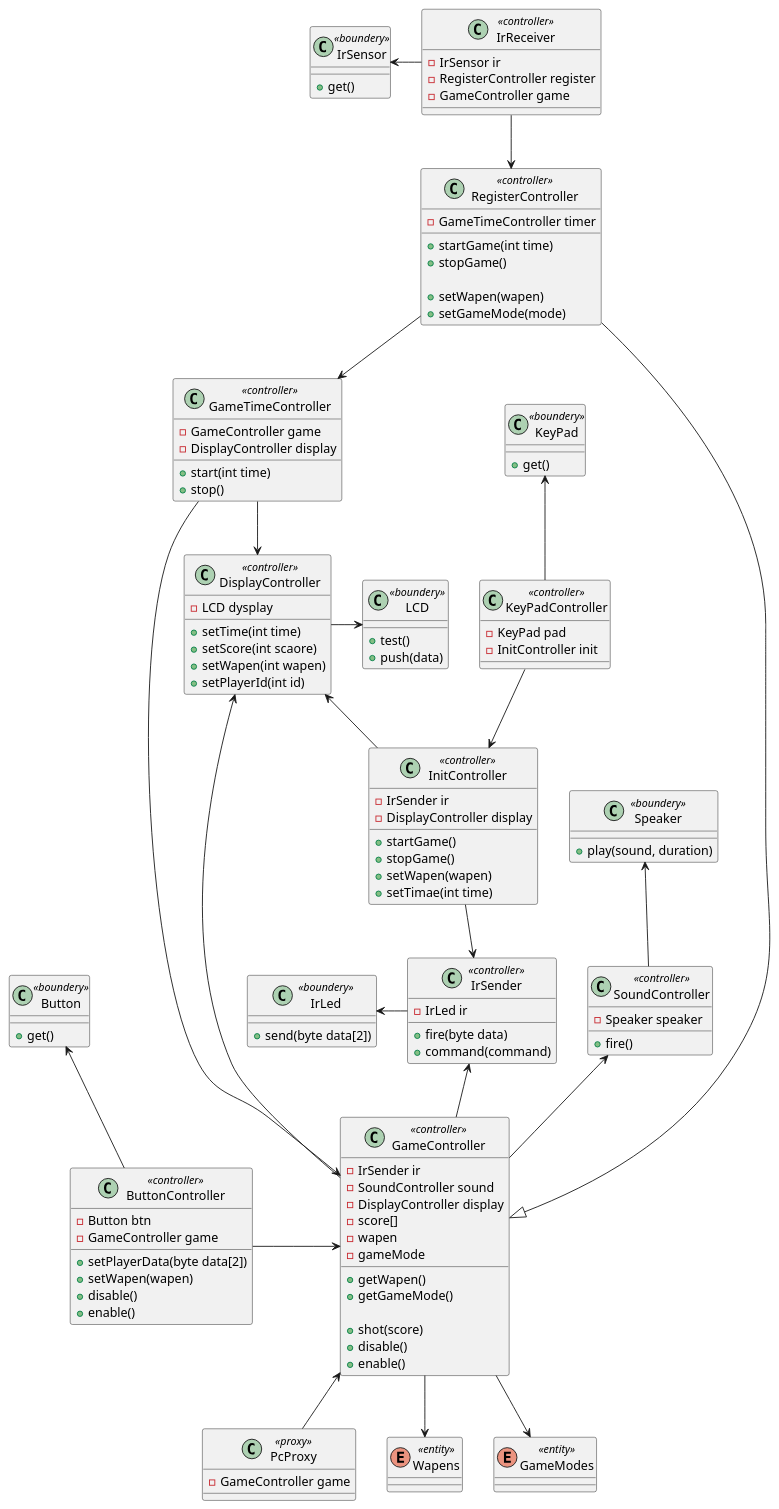
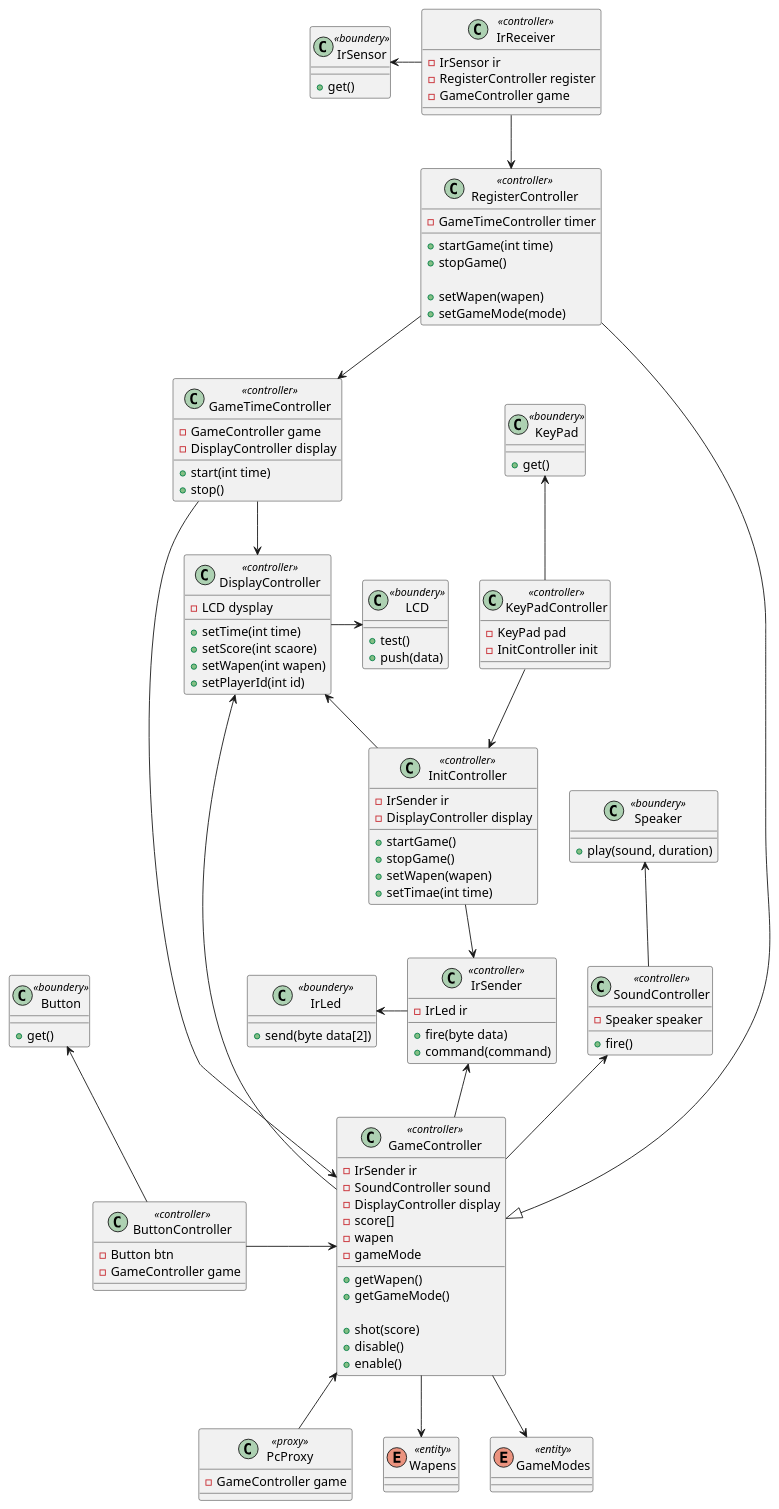
One commit to DavidDriessen/Skilled-Eagle_Lazer-Game changed the diagram in Docs/architecture/class.puml. Above: the diagram before and after it, drawn with PlantUML. The commit also changed 3 other files, not shown here.

```diff
--- a/Docs/architecture/class.puml
+++ b/Docs/architecture/class.puml
@@ -1,135 +1,131 @@
 @startuml
 
 class LCD <<boundery>> {
     +test()
     +push(data)
 }
 class IrSensor <<boundery>> {
     +get()
 }
 class IrLed <<boundery>> {
     +send(byte data[2])
 }
 class Button <<boundery>> {
     +get()
 }
 class Speaker <<boundery>> {
     +play(sound, duration)
 }
 class KeyPad <<boundery>> {
     +get()
 }
 
 class DisplayController <<controller>> {
     -LCD dysplay
     +setTime(int time)
     +setScore(int scaore)
     +setWapen(int wapen)
     +setPlayerId(int id)
 }
 class IrReceiver <<controller>> {
     -IrSensor ir
     -RegisterController register
     -GameController game
 }
 class IrSender <<controller>> {
     -IrLed ir
     +fire(byte data)
     +command(command)
 }
 class ButtonController <<controller>> {
     -Button btn
     -GameController game
-    +setPlayerData(byte data[2])
-    +setWapen(wapen)
-    +disable()
-    +enable()
 }
 class SoundController <<controller>> {
     -Speaker speaker
     +fire()
 }
 class KeyPadController <<controller>> {
     -KeyPad pad
     -InitController init
 }
 
 class PcProxy <<proxy>> {
     -GameController game
 }
 
 class GameController <<controller>> {
     -IrSender ir
     -SoundController sound
     -DisplayController display
     -score[]
     -wapen
     -gameMode
 
     +getWapen()
     +getGameMode()
 
     +shot(score)
     +disable()
     +enable()
 }
 class GameTimeController <<controller>> {
     -GameController game
     -DisplayController display
     +start(int time)
     +stop()
 }
 class InitController <<controller>> {
     -IrSender ir
     -DisplayController display
     +startGame()
     +stopGame()
     +setWapen(wapen)
     +setTimae(int time)
 }
 class RegisterController <<controller>> {
     -GameTimeController timer
     +startGame(int time)
     +stopGame()
 
     +setWapen(wapen)
     +setGameMode(mode)
 }
 
 enum Wapens <<entity>>
 enum GameModes <<entity>>
 
 DisplayController -> LCD
 'IrSensor <-- IrReceiver
 'IrLed <-- IrSender
 'Button <- ButtonController
 Speaker <-- SoundController
 KeyPad <-- KeyPadController
 
 IrReceiver --> RegisterController
 RegisterController --|> GameController
 
 RegisterController --> GameTimeController
 GameTimeController --> GameController
 GameTimeController --> DisplayController
 GameController -> DisplayController
 
 IrSender <-- GameController
 'InitController -> IrSender
 KeyPadController --> InitController
 
 ButtonController -> GameController
 SoundController <-- GameController
 
 GameController --> Wapens
 GameController --> GameModes
 GameController <-- PcProxy
 
 ''init => display
 IrLed <- IrSender
 DisplayController <-- InitController
 InitController --> IrSender
 IrSensor <- IrReceiver
 Button <-- ButtonController
 
 @enduml
```
